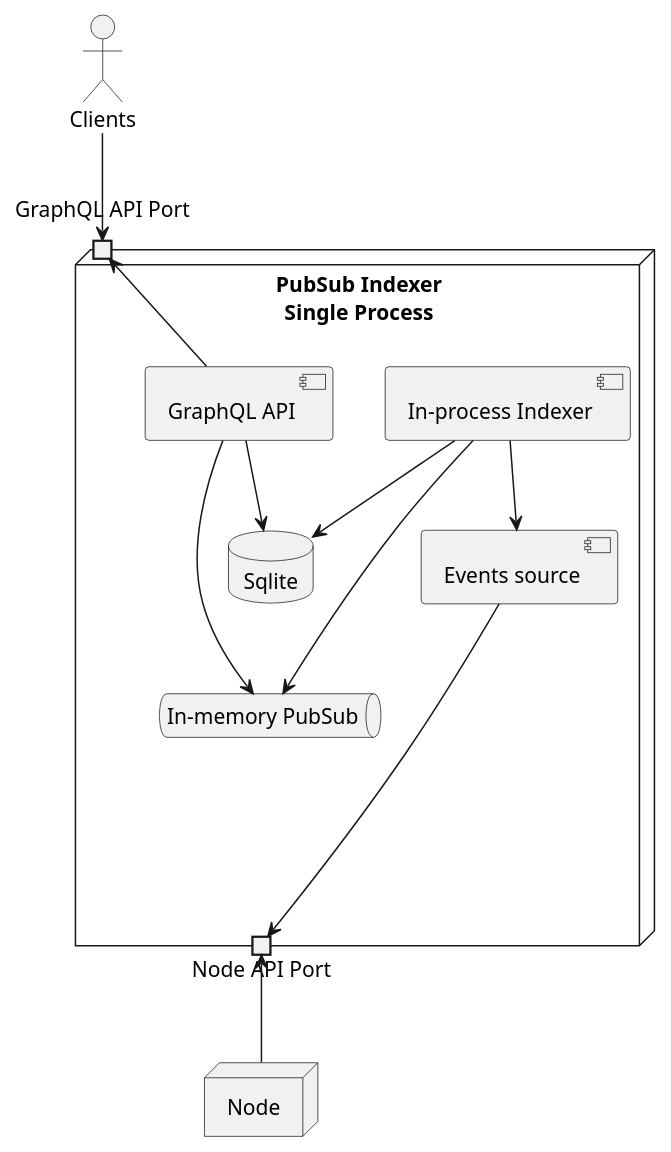
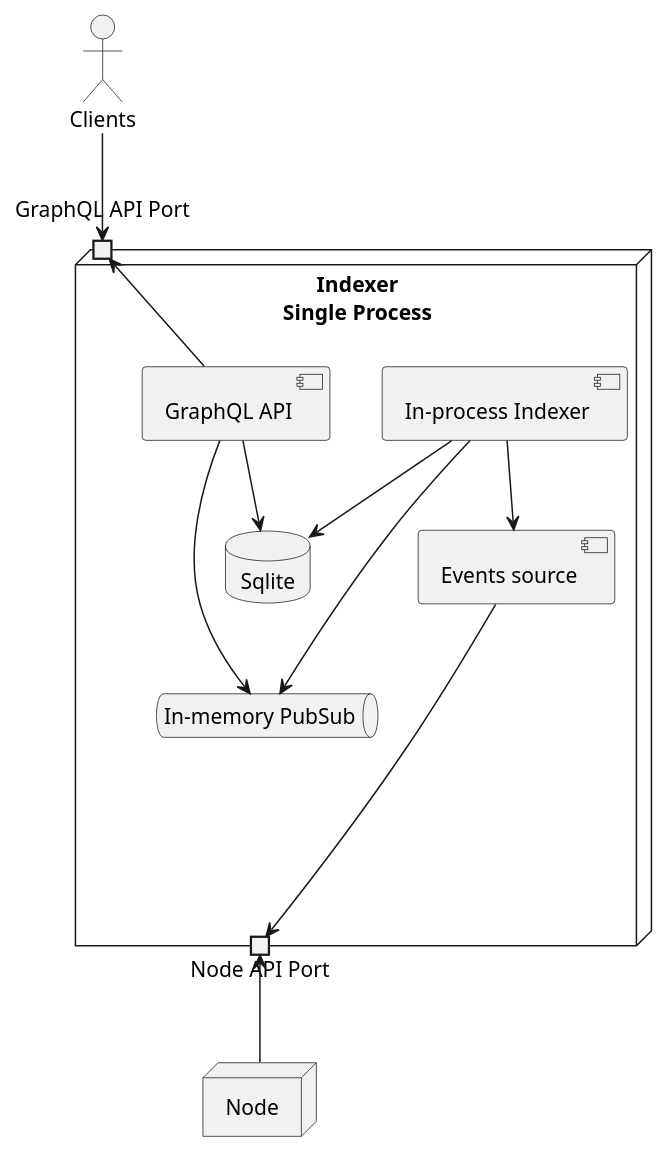
One commit to midnightntwrk/midnight-architecture changed the diagram in components/Indexer/deployment-local.puml. Above: the diagram before and after it, drawn with PlantUML. The commit also changed 6 other files, not shown here.

```diff
--- a/components/Indexer/deployment-local.puml
+++ b/components/Indexer/deployment-local.puml
@@ -1,32 +1,32 @@
 @startuml
 
 node Node as node
-node "PubSub Indexer\nSingle Process" as pub_sub_indexer {
+node "Indexer\nSingle Process" as pub_sub_indexer {
   port "GraphQL API Port" as graphql_api_port
   portout "Node API Port" as node_api_port
 
   component "GraphQL API" as graphql_api
   component "Events source" as events_source
   component "In-process Indexer" as in_process_indexer
   queue "In-memory PubSub" as in_memory_pub_sub
 
   database Sqlite as sqlite
 
   in_process_indexer --> sqlite
   in_process_indexer --> events_source
   in_process_indexer --> in_memory_pub_sub
   events_source ----> node_api_port
   graphql_api --> sqlite
   graphql_api --> in_memory_pub_sub
   graphql_api --> graphql_api_port
   sqlite -[hidden]- in_memory_pub_sub
 }
 
 actor "Clients" as clients
 
 clients --> graphql_api_port
 node_api_port <-- node
 
 
 
 @enduml
```
